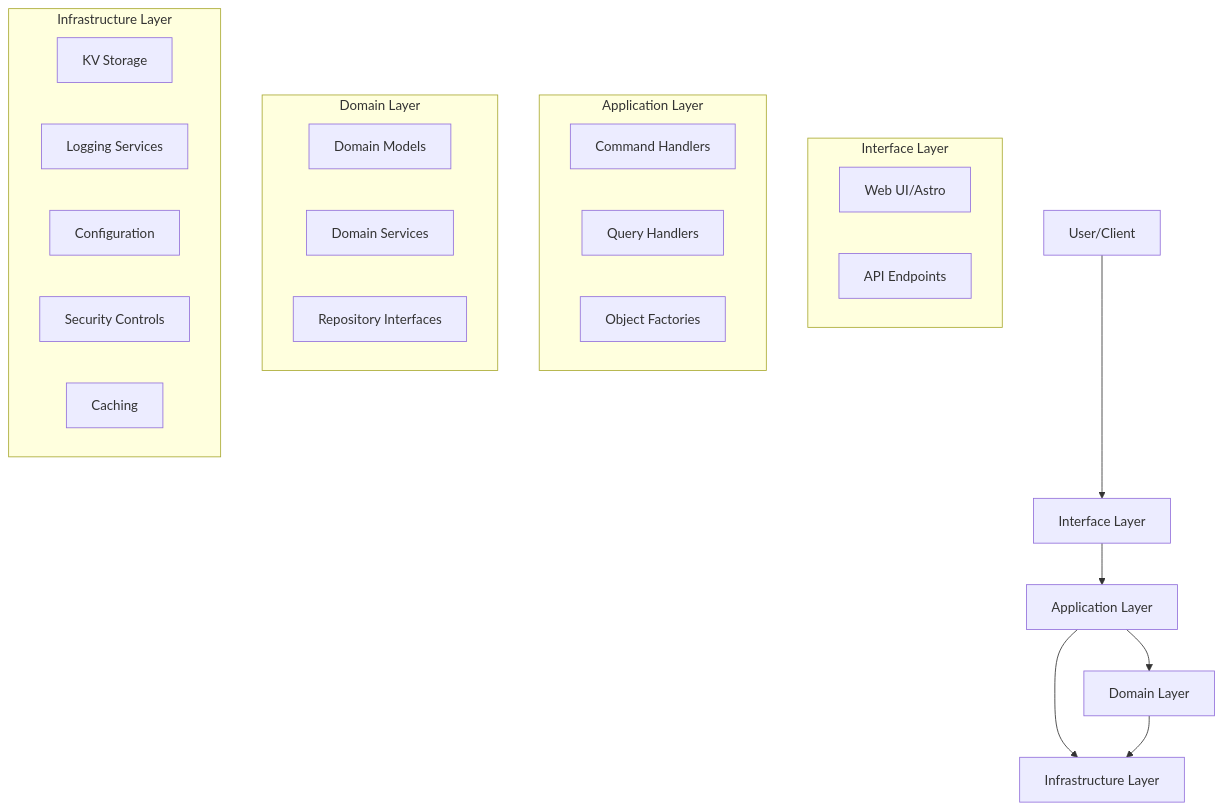
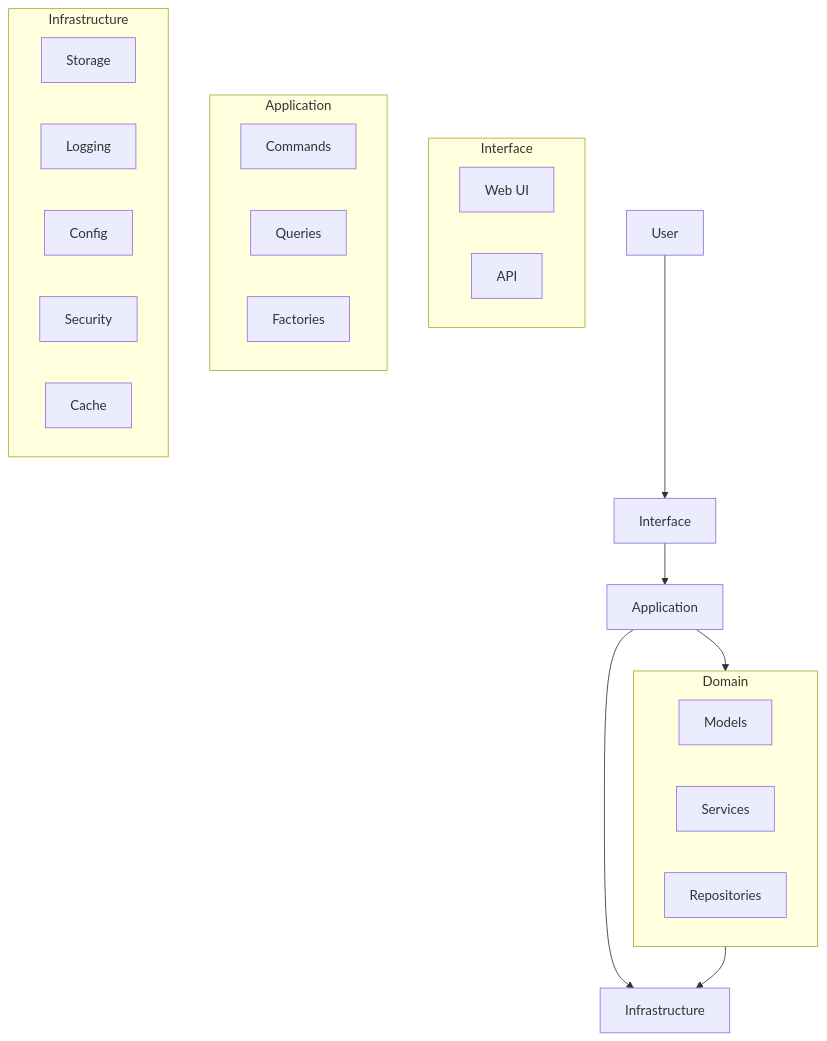
Before and after one commit to erfianugrah/pastebin: the first of 7 diagrams in docs/DOCUMENTATION.md, drawn with Mermaid. The commit also changed other lines of this file and 4 other files, not shown here.

Commit message:
updated mermaid diagrams

````diff
--- a/docs/DOCUMENTATION.md
+++ b/docs/DOCUMENTATION.md
@@ -35,33 +35,33 @@
 ```mermaid
 graph TD
-    User[User/Client] --> UI[Interface Layer]
-    UI --> Application[Application Layer]
-    Application --> Domain[Domain Layer]
-    Application --> Infrastructure[Infrastructure Layer]
-    Domain --> Infrastructure
+    User[User] --> UI[Interface]
+    UI --> App[Application]
+    App --> Domain[Domain]
+    App --> Infra[Infrastructure]
+    Domain --> Infra
     
-    subgraph "Interface Layer"
-      WebUI[Web UI/Astro]
-      API[API Endpoints]
+    subgraph "Interface"
+      WebUI[Web UI]
+      API[API]
     end
     
-    subgraph "Application Layer"
-      Commands[Command Handlers]
-      Queries[Query Handlers]
-      Factories[Object Factories]
+    subgraph "Application"
+      Cmd[Commands]
+      Qry[Queries]
+      Fact[Factories]
     end
     
-    subgraph "Domain Layer"
-      Models[Domain Models]
-      Services[Domain Services]
-      Repositories[Repository Interfaces]
+    subgraph "Domain"
+      Model[Models]
+      Svc[Services]
+      Repo[Repositories]
     end
     
-    subgraph "Infrastructure Layer"
-      Storage[KV Storage]
-      Logging[Logging Services]
-      Config[Configuration]
-      Security[Security Controls]
-      Cache[Caching]
+    subgraph "Infrastructure"
+      Store[Storage]
+      Log[Logging]
+      Conf[Config]
+      Sec[Security]
+      Cache[Cache]
     end
 ```
````
